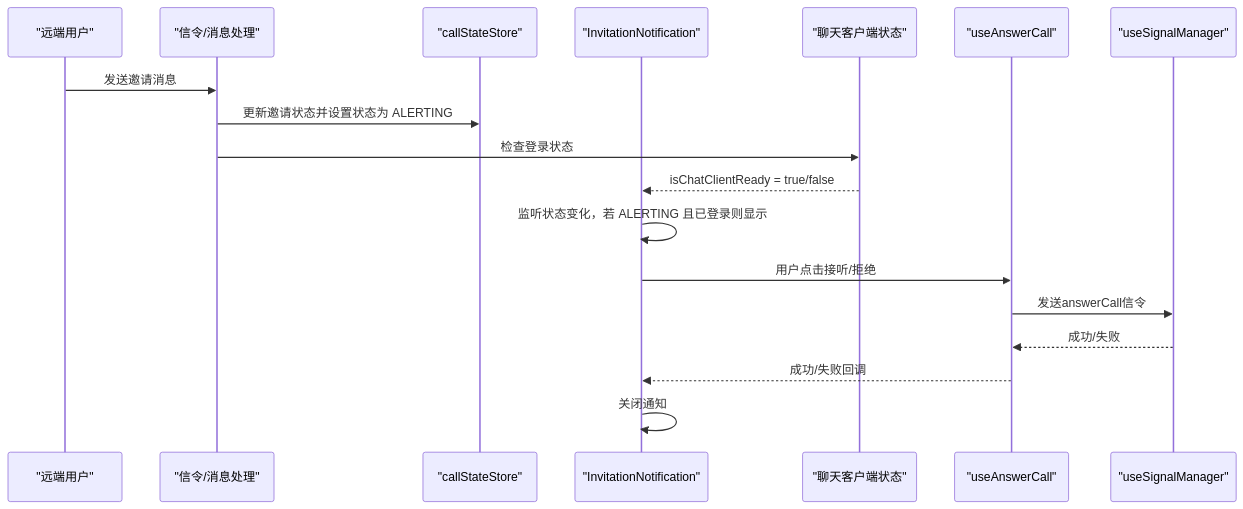
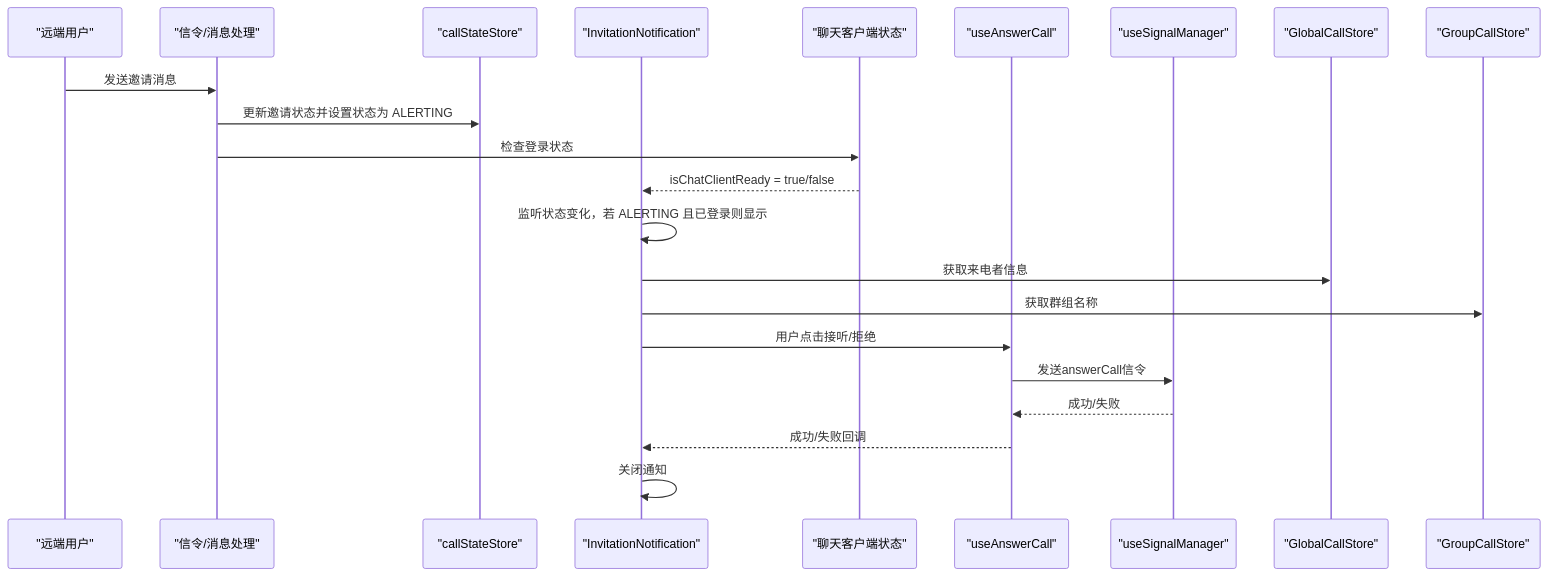
One commit to Easemob-Community/easemob-uikit-callkit-vue3 changed the second of 4 diagrams in .qoder/repowiki/zh/content/API 参考/组件 API/通知组件 API.md. Above: the diagram before and after it, drawn with Mermaid. The commit also changed other lines of this file and 54 other files, not shown here.

````diff
--- a/.qoder/repowiki/zh/content/API 参考/组件 API/通知组件 API.md
+++ b/.qoder/repowiki/zh/content/API 参考/组件 API/通知组件 API.md
@@ -113,20 +127,24 @@
 ```mermaid
 sequenceDiagram
 participant 远端 as "远端用户"
 participant 信令 as "信令/消息处理"
 participant 状态 as "callStateStore"
 participant 组件 as "InvitationNotification"
 participant 客户端 as "聊天客户端状态"
 participant 接听 as "useAnswerCall"
 participant 信令管理 as "useSignalManager"
+participant 全局状态 as "GlobalCallStore"
+participant 群组状态 as "GroupCallStore"
 远端->>信令 : 发送邀请消息
 信令->>状态 : 更新邀请状态并设置状态为 ALERTING
 信令->>客户端 : 检查登录状态
 客户端-->>组件 : isChatClientReady = true/false
 组件->>组件 : 监听状态变化，若 ALERTING 且已登录则显示
+组件->>全局状态 : 获取来电者信息
+组件->>群组状态 : 获取群组名称
 组件->>接听 : 用户点击接听/拒绝
 接听->>信令管理 : 发送answerCall信令
 信令管理-->>接听 : 成功/失败
 接听-->>组件 : 成功/失败回调
 组件->>组件 : 关闭通知
 ```
````
